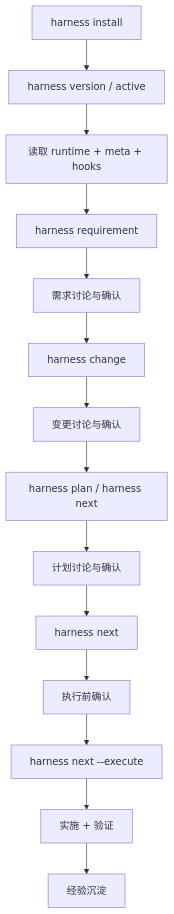
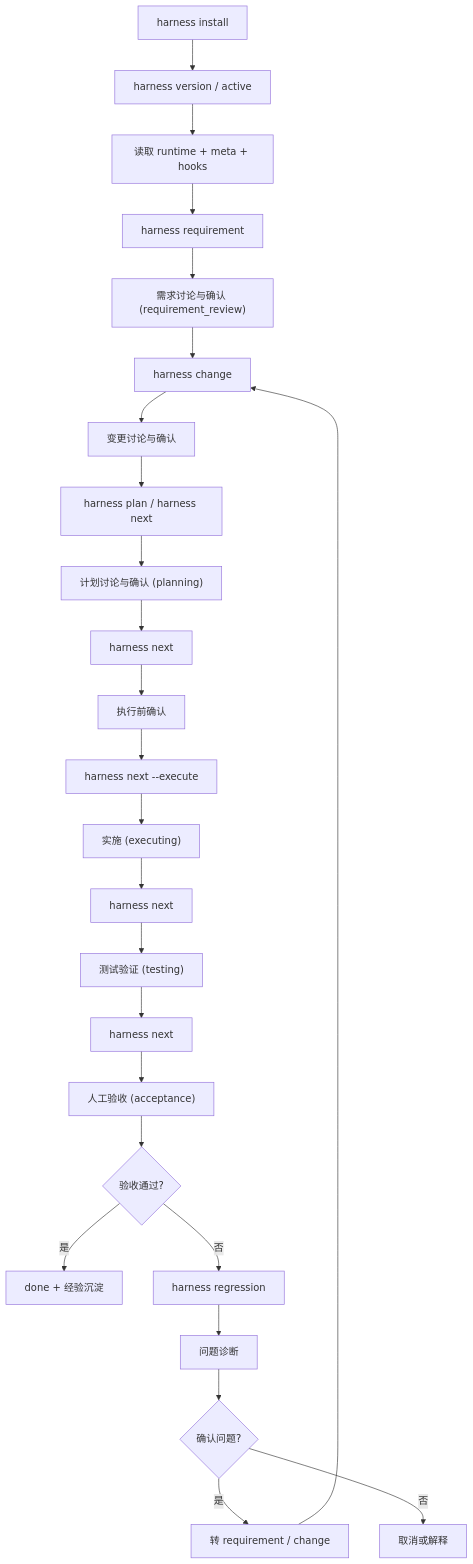
Before and after one commit to togally/harness-workflow: the first of 4 diagrams in README.md, drawn with Mermaid. The commit also changed other lines of this file and 553 other files, not shown here.

````diff
--- a/README.md
+++ b/README.md
@@ -261,16 +290,27 @@
 ```mermaid
 flowchart TD
     A["harness install"] --> B["harness version / active"]
     B --> C["读取 runtime + meta + hooks"]
     C --> D["harness requirement"]
-    D --> E["需求讨论与确认"]
+    D --> E["需求讨论与确认 (requirement_review)"]
     E --> F["harness change"]
     F --> G["变更讨论与确认"]
     G --> H["harness plan / harness next"]
-    H --> I["计划讨论与确认"]
+    H --> I["计划讨论与确认 (planning)"]
     I --> J["harness next"]
     J --> K["执行前确认"]
     K --> L["harness next --execute"]
-    L --> M["实施 + 验证"]
-    M --> N["经验沉淀"]
+    L --> M["实施 (executing)"]
+    M --> N["harness next"]
+    N --> O["测试验证 (testing)"]
+    O --> P["harness next"]
+    P --> Q["人工验收 (acceptance)"]
+    Q --> R{"验收通过?"}
+    R -->|是| S["done + 经验沉淀"]
+    R -->|否| T["harness regression"]
+    T --> U["问题诊断"]
+    U --> V{"确认问题?"}
+    V -->|是| W["转 requirement / change"]
+    V -->|否| X["取消或解释"]
+    W --> F
 ```
````
